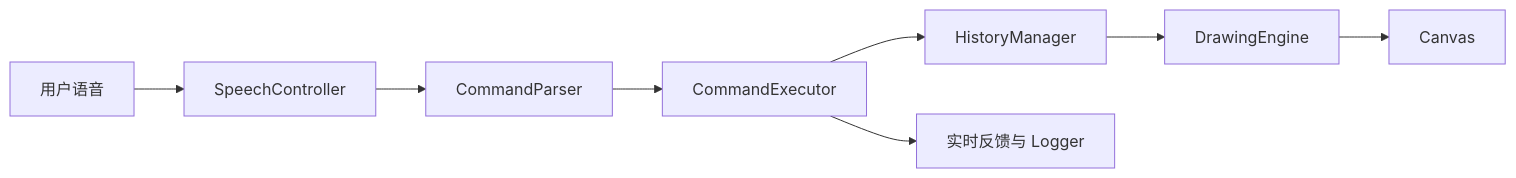
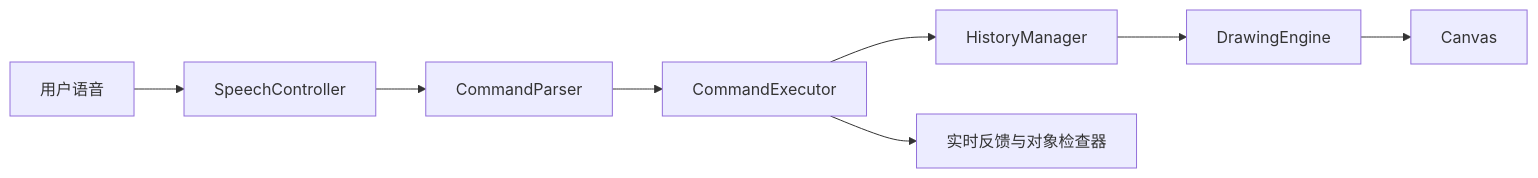
Before and after one commit to LazyQ0130/VoiceCanvas-AI: the diagram in DESIGN.md, drawn with Mermaid. The commit also changed other lines of this file and 13 other files, not shown here.

````diff
--- a/DESIGN.md
+++ b/DESIGN.md
@@ -24,10 +24,10 @@
 ```mermaid
 flowchart LR
   U[用户语音] --> S[SpeechController]
   S --> P[CommandParser]
   P --> E[CommandExecutor]
   E --> H[HistoryManager]
   H --> D[DrawingEngine]
   D --> C[Canvas]
-  E --> UI[实时反馈与 Logger]
+  E --> UI[实时反馈与对象检查器]
 ```
````
